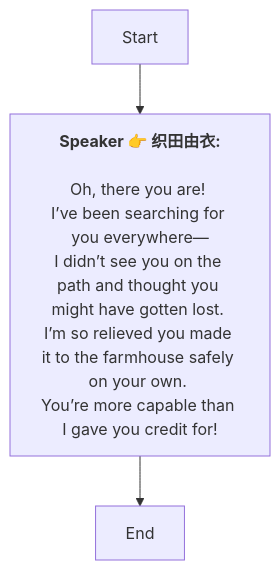
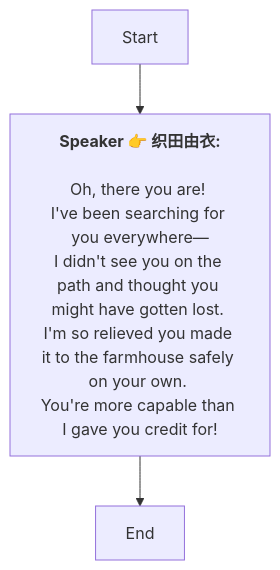
The diagram in Zh/QuestTalkObjectiveNode_1769056606590075.md (SoftHu/tos_avg), drawn with Mermaid before and after one commit. The commit also changed 312 other files, not shown here.

````diff
--- a/Zh/QuestTalkObjectiveNode_1769056606590075.md
+++ b/Zh/QuestTalkObjectiveNode_1769056606590075.md
@@ -1,12 +1,12 @@
 ```mermaid
 graph
 Start -->1769057303517310[<b>Speaker 👉 织田由衣:</b>
 
 Oh, there you are! 
-I’ve been searching for you everywhere—
-I didn’t see you on the path and thought you might have gotten lost. 
-I’m so relieved you made it to the farmhouse safely on your own. 
-You’re more capable than I gave you credit for!]
+I've been searching for you everywhere—
+I didn't see you on the path and thought you might have gotten lost. 
+I'm so relieved you made it to the farmhouse safely on your own. 
+You're more capable than I gave you credit for!]
 1769057303517310 -->1769057717001343[End]
 
  ```
````
